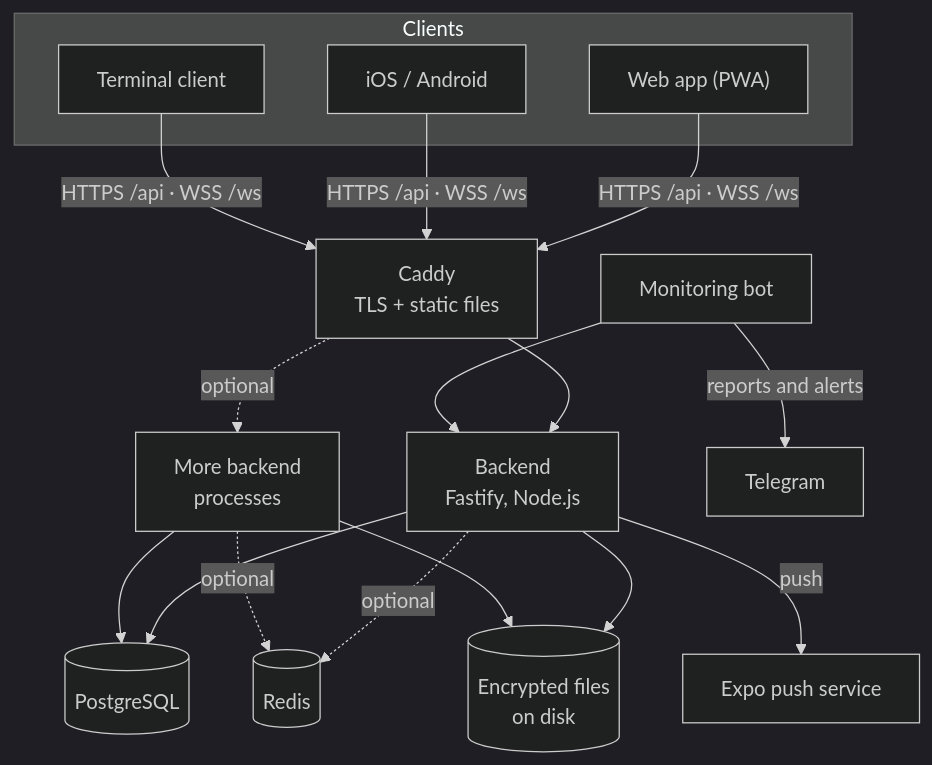
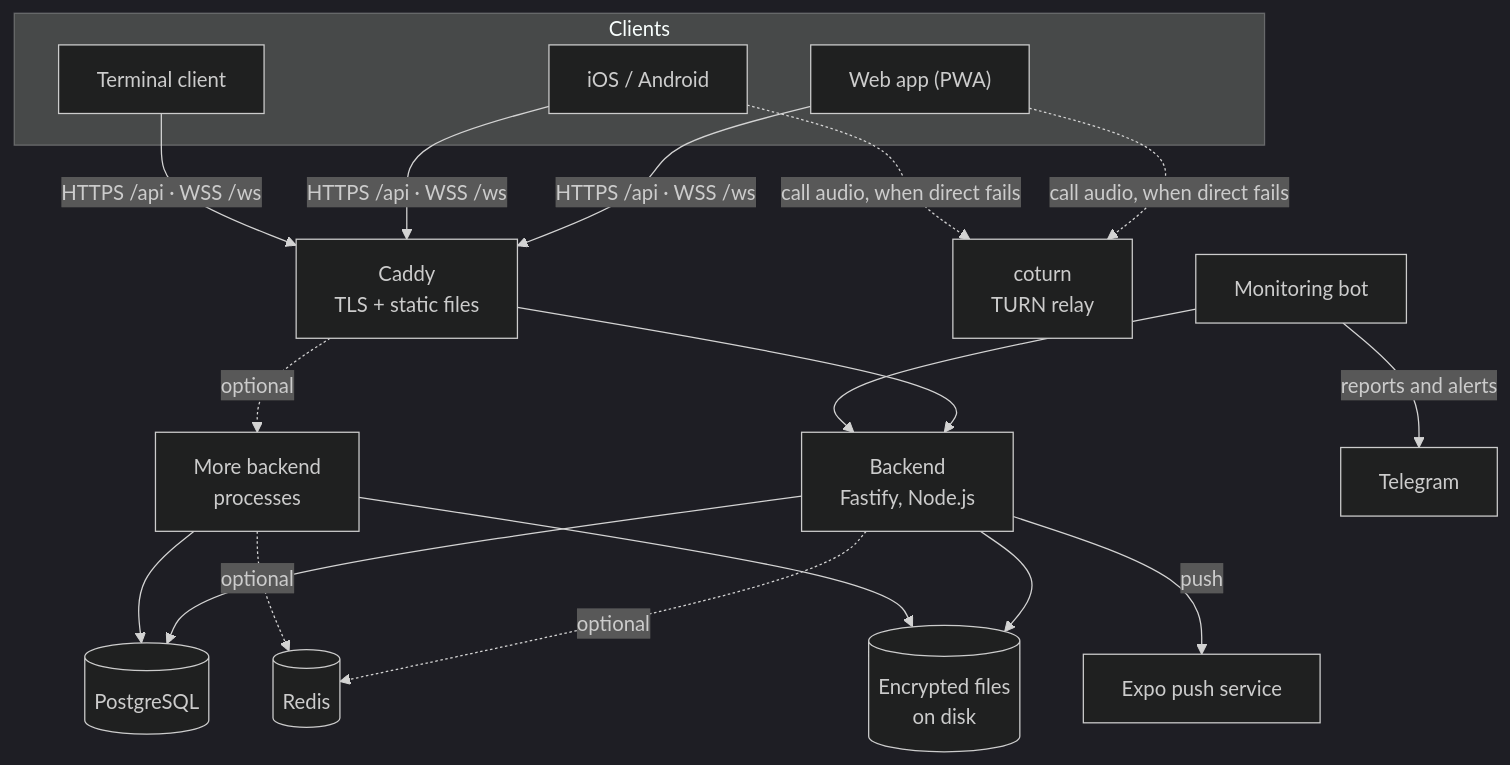
Before and after one commit to Skerpsh/Ostrich_Messenger: the second of 2 diagrams in README.md, drawn with Mermaid (dark theme). The commit also changed other lines of this file and 39 other files, not shown here.

````diff
--- a/README.md
+++ b/README.md
@@ -201,17 +218,18 @@
 ```mermaid
 flowchart TB
     subgraph Clients
         W["Web app (PWA)"]
         M["iOS / Android"]
         C["Terminal client"]
     end
     W & M & C -->|"HTTPS /api · WSS /ws"| CADDY["Caddy<br/>TLS + static files"]
     CADDY --> B1["Backend<br/>Fastify, Node.js"]
     CADDY -.->|optional| B2["More backend<br/>processes"]
     B1 & B2 --> PG[(PostgreSQL)]
     B1 & B2 -.->|optional| R[(Redis)]
     B1 & B2 --> FS[("Encrypted files<br/>on disk")]
     B1 -->|push| EXPO["Expo push service"]
+    W & M -.->|"call audio, when direct fails"| TURN["coturn<br/>TURN relay"]
     MON["Monitoring bot"] -->|reports and alerts| TG["Telegram"]
     MON --> B1
 ```
````
